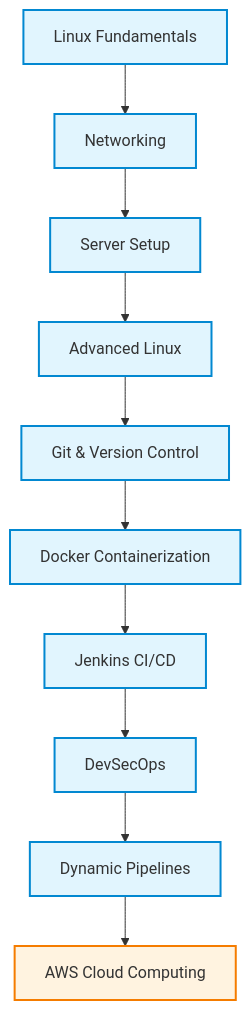
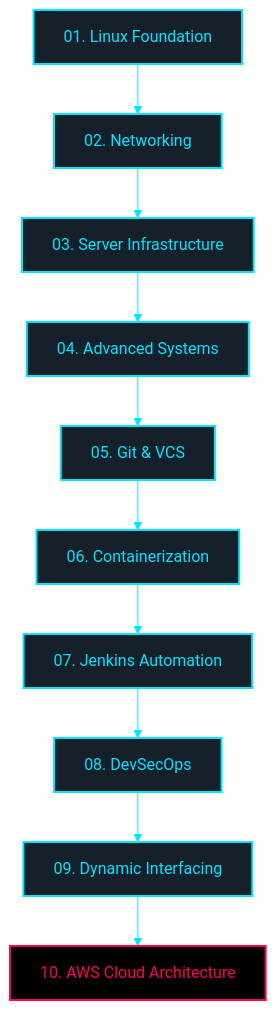
Before and after one commit to hridyen/DevOps-Survival-Roadmap: the second of 2 diagrams in README.md, drawn with Mermaid. The commit also changed other lines of this file, not shown here.

````diff
--- a/README.md
+++ b/README.md
@@ -92,30 +94,20 @@
 ```mermaid
+%%{init: {'theme': 'base', 'themeVariables': { 'primaryColor': '#111111', 'primaryTextColor': '#FFFFFF', 'primaryBorderColor': '#333333', 'lineColor': '#00E5FF', 'fontFamily': 'monospace'}}}%%
 graph TD
-    %% Define Styles
-    classDef default fill:#f9f9f9,stroke:#333,stroke-width:2px;
-    classDef highlight fill:#e1f5fe,stroke:#0288d1,stroke-width:2px;
-    classDef current fill:#fff3e0,stroke:#f57c00,stroke-width:2px;
+    classDef highlight fill:#15202B,stroke:#00E5FF,stroke-width:2px,color:#00E5FF;
+    classDef current fill:#000000,stroke:#FF0055,stroke-width:2px,color:#FF0055;
+    classDef default fill:#000000,stroke:#333333,stroke-width:1px,color:#FFFFFF;
 
-    %% Nodes
-    A[Linux Fundamentals]:::highlight
-    B[Networking]:::highlight
-    C[Server Setup]:::highlight
-    D[Advanced Linux]:::highlight
-    E[Git & Version Control]:::highlight
-    F[Docker Containerization]:::highlight
-    G[Jenkins CI/CD]:::highlight
-    H[DevSecOps]:::highlight
-    I[Dynamic Pipelines]:::highlight
-    J[AWS Cloud Computing]:::current
+    A[01. Linux Foundation]:::highlight
+    B[02. Networking]:::highlight
+    C[03. Server Infrastructure]:::highlight
+    D[04. Advanced Systems]:::highlight
+    E[05. Git & VCS]:::highlight
+    F[06. Containerization]:::highlight
+    G[07. Jenkins Automation]:::highlight
+    H[08. DevSecOps]:::highlight
+    I[09. Dynamic Interfacing]:::highlight
+    J[10. AWS Cloud Architecture]:::current
 
-    %% Connections
-    A --> B
-    B --> C
-    C --> D
-    D --> E
-    E --> F
-    F --> G
-    G --> H
-    H --> I
-    I --> J
+    A --> B --> C --> D --> E --> F --> G --> H --> I --> J
 ```
````
